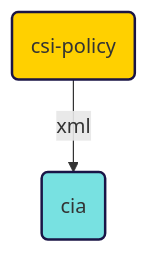
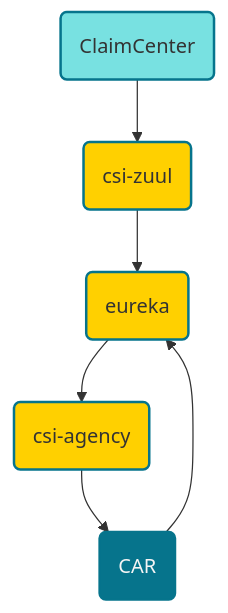
One commit to diwagers/pg-test-repo changed the diagram in README.md. Above: the diagram before and after it, drawn with Mermaid. The commit also changed other lines of this file, not shown here.

````diff
--- a/README.md
+++ b/README.md
@@ -4,12 +3,18 @@
 ```mermaid
 graph TD
-idPolicy(csi-policy)-->|xml|idCia(cia)
+    idClaimCenter(ClaimCenter) -->
+    idZuul(csi-zuul) -->
+    idEureka(eureka) -->
+    idAgency(csi-agency) -->
+    idCar(CAR) --> idEureka
 
+class idClaimCenter teal;
+class idCar darkteal;
 class idCia teal;
 
-classDef default fill:#ffd000, stroke:#1a1446, stroke-width:2px;
-classDef blue fill:#1a1446, stroke:#1a1446, stroke-width:2px;
-classDef teal fill:#78e1e1, stroke:#1a1446, stroke-width:2px;
-classDef darkteal fill:#06748c, stroke:#1a1446, stroke-width:2px;
-classDef gray fill:#f5f5f5, stroke:#1a1446, stroke-width:2px;
+classDef default fill:#ffd000, stroke:#06748c, stroke-width:2px;
+classDef blue fill:#1a1446, stroke:#06748c, stroke-width:2px;
+classDef teal fill:#78e1e1, stroke:#06748c, stroke-width:2px;
+classDef darkteal fill:#06748c, stroke:#06748c, stroke-width:2px, color:#f5f5f5;
+classDef gray fill:#f5f5f5, stroke:#06748c, stroke-width:2px;
 ```
````
